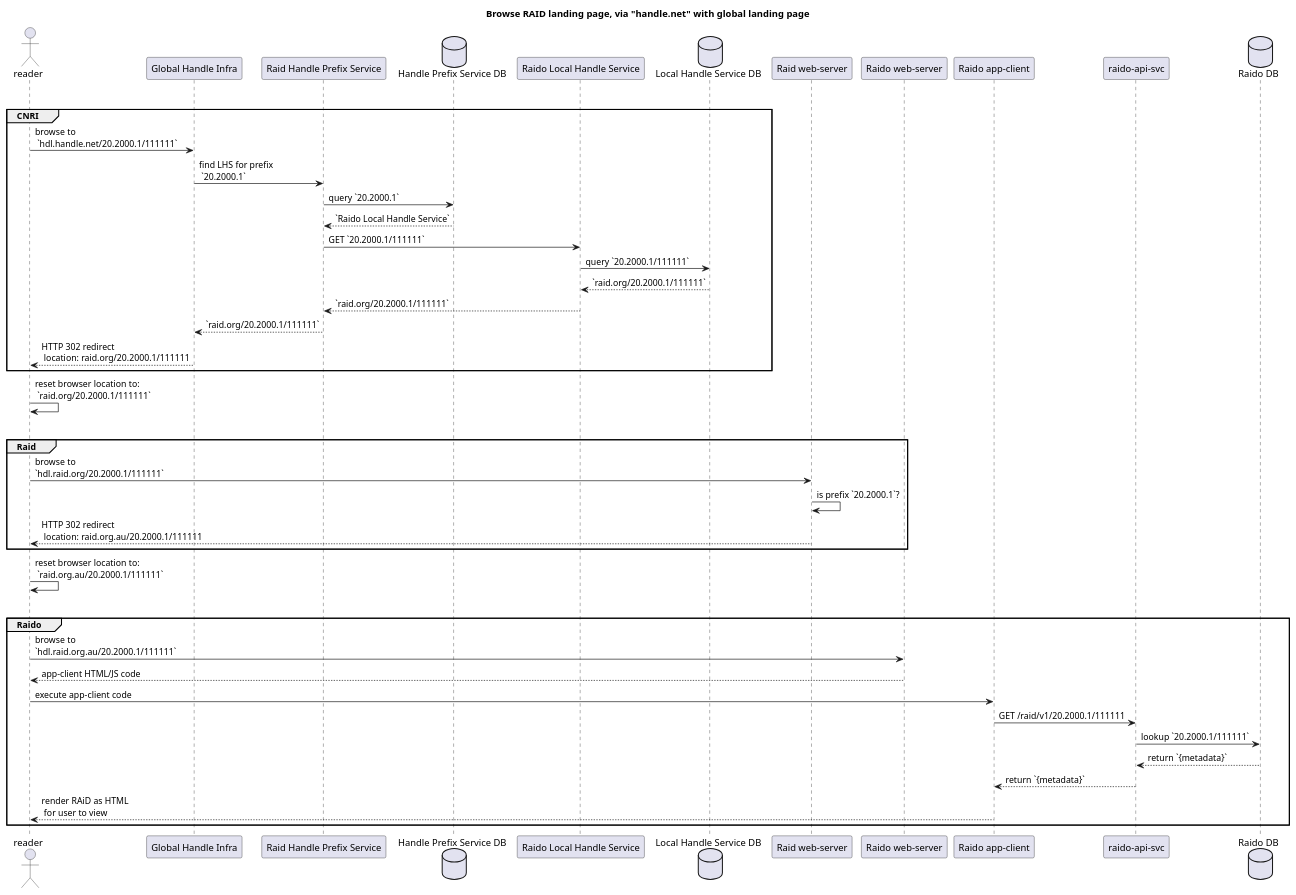
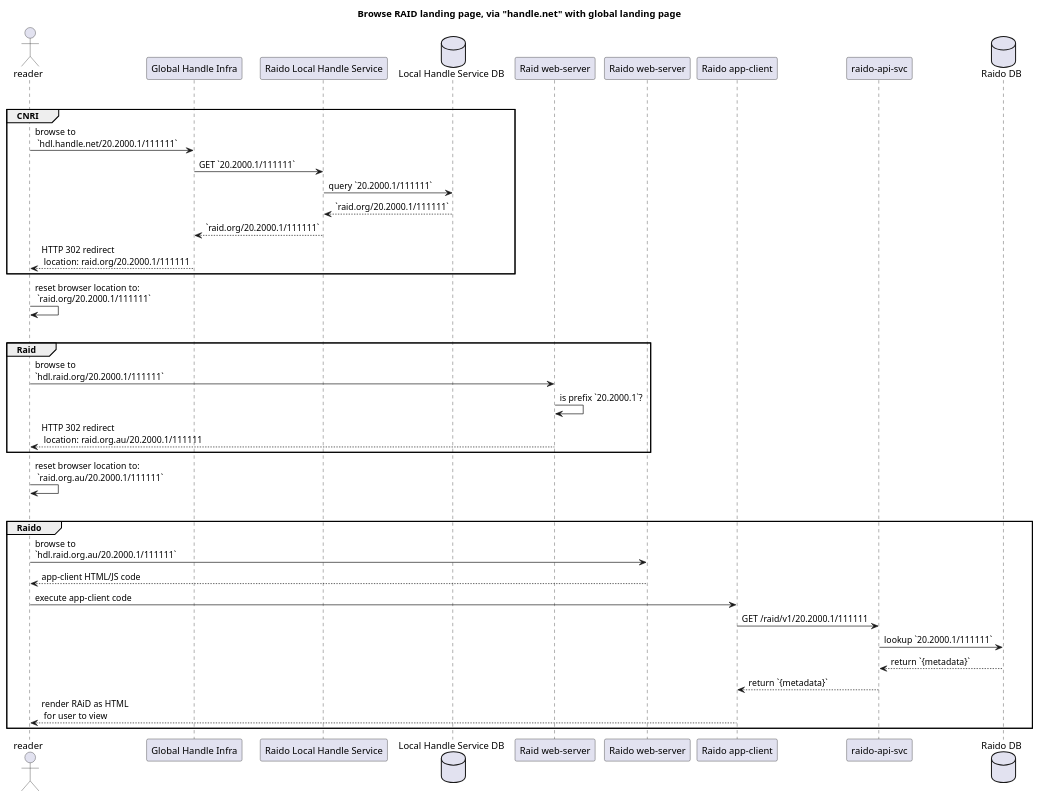
Before and after one commit to au-research/raido: the diagram in doc/architecture/cnri-handle/browse-raid-via-cnri-raid-landing.plantuml, drawn with PlantUML. The commit also changed 3 other files, not shown here.

```diff
--- a/doc/architecture/cnri-handle/browse-raid-via-cnri-raid-landing.plantuml
+++ b/doc/architecture/cnri-handle/browse-raid-via-cnri-raid-landing.plantuml
@@ -1,60 +1,53 @@
 @startuml
 title Browse RAID landing page, via "handle.net" with global landing page
 
 actor "reader" as reader
 
 participant "Global Handle Infra" as ghi
-participant "Raid Handle Prefix Service" as hps
-database "Handle Prefix Service DB" as hpsDb
 participant "Raido Local Handle Service" as lhs
 database "Local Handle Service DB" as lhsDb
-
 
 participant "Raid web-server" as raidWeb
 
 participant "Raido web-server" as raidoWeb
 participant "Raido app-client" as appClient
 
 participant "raido-api-svc" as raidoApi
 database "Raido DB" as raidoDb
 participant "raido-api-svc" as raidoApi
 database "Raido DB" as raidoDb
 
 
 alt handle.net
 group CNRI
 reader -> ghi: browse to\n `hdl.handle.net/20.2000.1/111111`
-ghi -> hps: find LHS for prefix\n `20.2000.1`
-hps -> hpsDb: query `20.2000.1`
-return `Raido Local Handle Service`
-hps -> lhs: GET `20.2000.1/111111`
+ghi -> lhs: GET `20.2000.1/111111`
 lhs -> lhsDb: query `20.2000.1/111111`
 return `raid.org/20.2000.1/111111`
-lhs --> hps: `raid.org/20.2000.1/111111`
-hps --> ghi: `raid.org/20.2000.1/111111`
+lhs --> ghi: `raid.org/20.2000.1/111111`
 ghi --> reader: HTTP 302 redirect\n location: raid.org/20.2000.1/111111
 end
 reader -> reader : reset browser location to:\n `raid.org/20.2000.1/111111`
 
 
 alt 
 group Raid 
 reader -> raidWeb: browse to \n`hdl.raid.org/20.2000.1/111111`
 raidWeb -> raidWeb: is prefix `20.2000.1`?
 raidWeb --> reader: HTTP 302 redirect\n location: raid.org.au/20.2000.1/111111
 end 
 
 reader -> reader : reset browser location to:\n `raid.org.au/20.2000.1/111111`
 alt
 group Raido
 reader -> raidoWeb: browse to \n`hdl.raid.org.au/20.2000.1/111111`
 return app-client HTML/JS code
 reader -> appClient: execute app-client code  
 appClient -> raidoApi: GET /raid/v1/20.2000.1/111111
 raidoApi -> raidoDb: lookup `20.2000.1/111111`
 raidoDb --> raidoApi: return `{metadata}`
 raidoApi --> appClient: return `{metadata}`
 appClient --> reader: render RAiD as HTML\n for user to view  
 end
  
 @enduml
```
